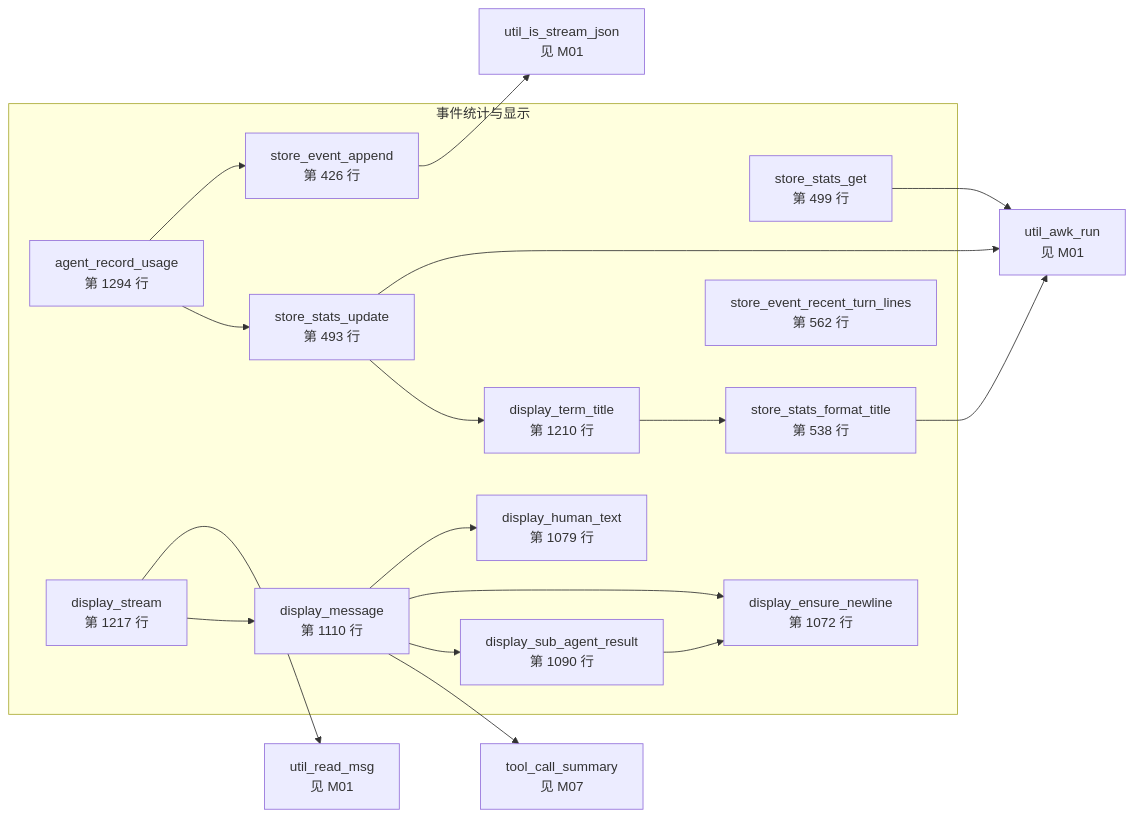
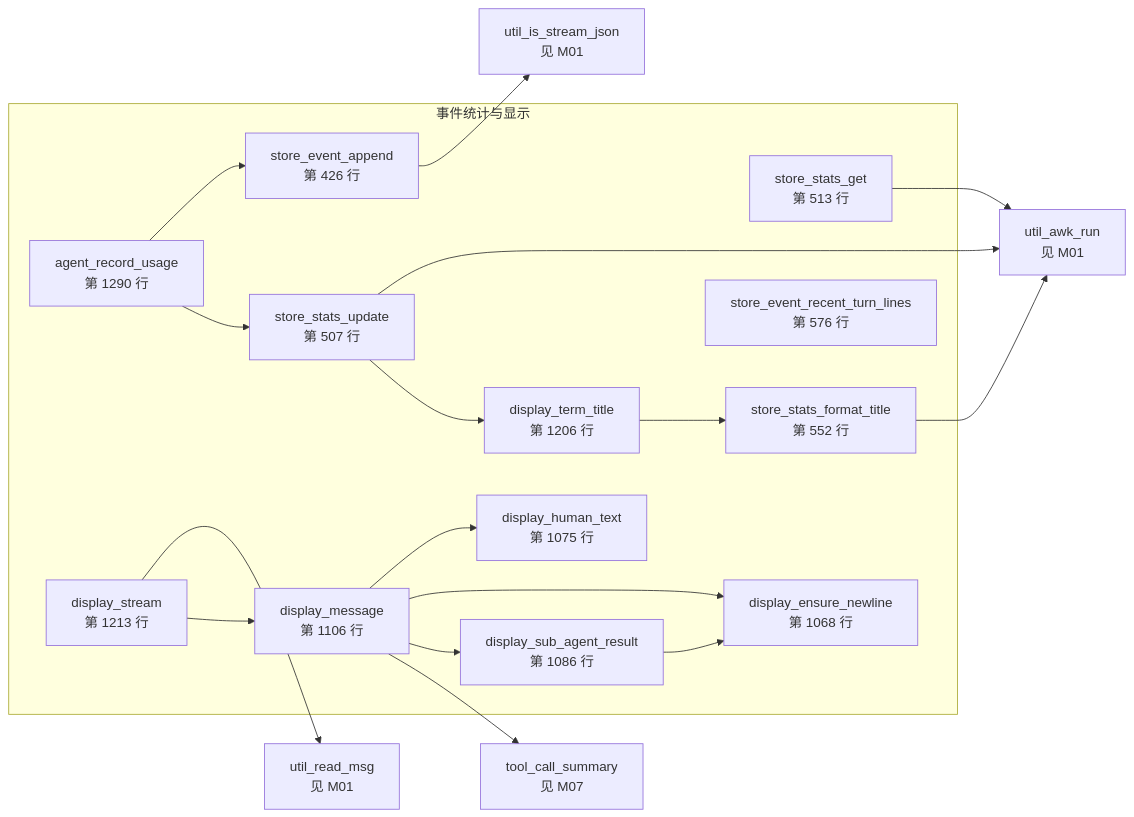
One commit to lloydzhou/bash-agent changed diagram 12 of 15 in docs/bash-data-flow.md. Above: the diagram before and after it, drawn with Mermaid. The commit also changed other lines of this file and 3 other files, not shown here.

````diff
--- a/docs/bash-data-flow.md
+++ b/docs/bash-data-flow.md
@@ -522,36 +520,36 @@
 ```mermaid
 flowchart LR
   subgraph mod_10["事件统计与显示"]
     f_store_event_append["store_event_append<br/>第 426 行"]
-    f_store_stats_update["store_stats_update<br/>第 493 行"]
-    f_store_stats_get["store_stats_get<br/>第 499 行"]
-    f_store_stats_format_title["store_stats_format_title<br/>第 538 行"]
-    f_store_event_recent_turn_lines["store_event_recent_turn_lines<br/>第 562 行"]
-    f_agent_record_usage["agent_record_usage<br/>第 1294 行"]
-    f_display_ensure_newline["display_ensure_newline<br/>第 1072 行"]
-    f_display_human_text["display_human_text<br/>第 1079 行"]
-    f_display_sub_agent_result["display_sub_agent_result<br/>第 1090 行"]
-    f_display_message["display_message<br/>第 1110 行"]
-    f_display_term_title["display_term_title<br/>第 1210 行"]
-    f_display_stream["display_stream<br/>第 1217 行"]
+    f_store_stats_update["store_stats_update<br/>第 507 行"]
+    f_store_stats_get["store_stats_get<br/>第 513 行"]
+    f_store_stats_format_title["store_stats_format_title<br/>第 552 行"]
+    f_store_event_recent_turn_lines["store_event_recent_turn_lines<br/>第 576 行"]
+    f_agent_record_usage["agent_record_usage<br/>第 1290 行"]
+    f_display_ensure_newline["display_ensure_newline<br/>第 1068 行"]
+    f_display_human_text["display_human_text<br/>第 1075 行"]
+    f_display_sub_agent_result["display_sub_agent_result<br/>第 1086 行"]
+    f_display_message["display_message<br/>第 1106 行"]
+    f_display_term_title["display_term_title<br/>第 1206 行"]
+    f_display_stream["display_stream<br/>第 1213 行"]
   end
   f_tool_call_summary["tool_call_summary<br/>见 M07"]
   f_util_awk_run["util_awk_run<br/>见 M01"]
   f_util_is_stream_json["util_is_stream_json<br/>见 M01"]
   f_util_read_msg["util_read_msg<br/>见 M01"]
   f_store_event_append --> f_util_is_stream_json
   f_store_stats_update --> f_util_awk_run
   f_store_stats_update --> f_display_term_title
   f_store_stats_get --> f_util_awk_run
   f_store_stats_format_title --> f_util_awk_run
   f_agent_record_usage --> f_store_event_append
   f_agent_record_usage --> f_store_stats_update
   f_display_sub_agent_result --> f_display_ensure_newline
   f_display_message --> f_display_human_text
   f_display_message --> f_display_ensure_newline
   f_display_message --> f_display_sub_agent_result
   f_display_message --> f_tool_call_summary
   f_display_term_title --> f_store_stats_format_title
   f_display_stream --> f_util_read_msg
   f_display_stream --> f_display_message
 ```
````
